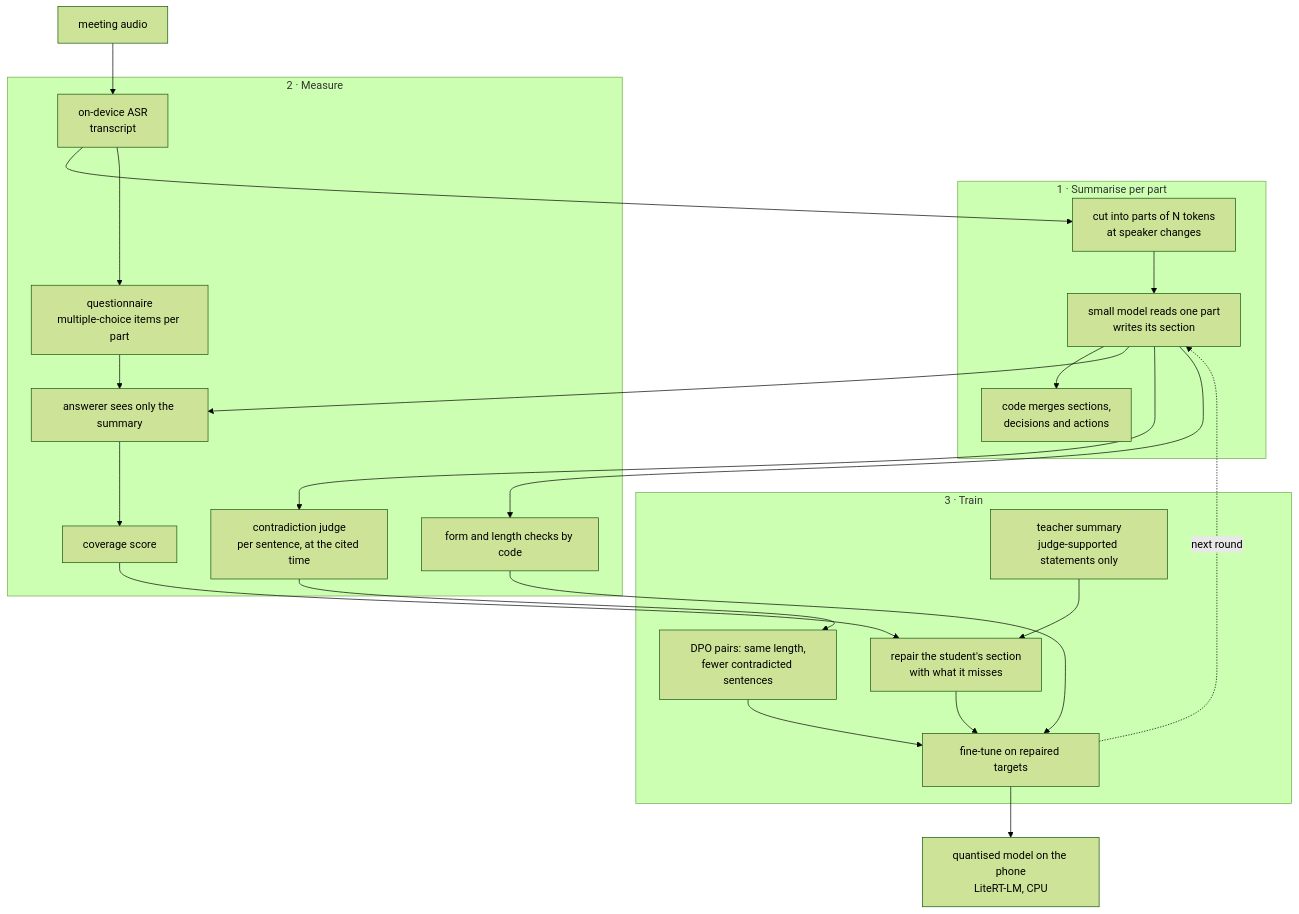
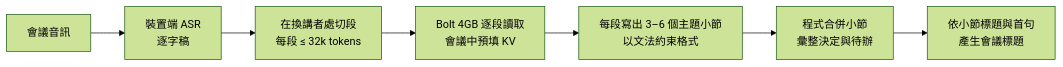
Before and after one commit to vieenrose/meeting-summarizer: the diagram in README.md, drawn with Mermaid (forest theme). The commit also changed other lines of this file, not shown here.

Commit message:
README: concise zh-TW rewrite (architecture, latest results, real example with title)

````diff
--- a/README.md
+++ b/README.md
@@ -750,31 +9,9 @@
 ```mermaid
-flowchart TD
-    A[meeting audio] --> B[on-device ASR<br/>transcript]
-    B --> P[cut into parts of N tokens<br/>at speaker changes]
-
-    subgraph S1[1 · Summarise per part]
-        P --> F[small model reads one part<br/>writes its section]
-        F --> M[code merges sections,<br/>decisions and actions]
-    end
-
-    subgraph S2[2 · Measure]
-        B --> Q[questionnaire<br/>multiple-choice items per part]
-        F --> G[answerer sees only the summary]
-        Q --> G
-        G --> H[coverage score]
-        F --> J[contradiction judge<br/>per sentence, at the cited time]
-        F --> I[form and length checks by code]
-    end
-
-    subgraph S3[3 · Train]
-        T[teacher summary<br/>judge-supported statements only] --> R[repair the student's section<br/>with what it misses]
-        H --> R
-        R --> K[fine-tune on repaired targets]
-        J --> D[DPO pairs: same length,<br/>fewer contradicted sentences]
-        D --> K
-        I --> K
-        K -.next round.-> F
-    end
-
-    K --> L[quantised model on the phone<br/>LiteRT-LM, CPU]
+flowchart LR
+    A[會議音訊] --> B[裝置端 ASR<br/>逐字稿]
+    B --> C[在換講者處切段<br/>每段 ≤ 32k tokens]
+    C --> D[Bolt 4GB 逐段讀取<br/>會議中預填 KV]
+    D --> E[每段寫出 3–6 個主題小節<br/>以文法約束格式]
+    E --> F[程式合併小節<br/>彙整決定與待辦]
+    F --> G[依小節標題與首句<br/>產生會議標題]
 ```
````
